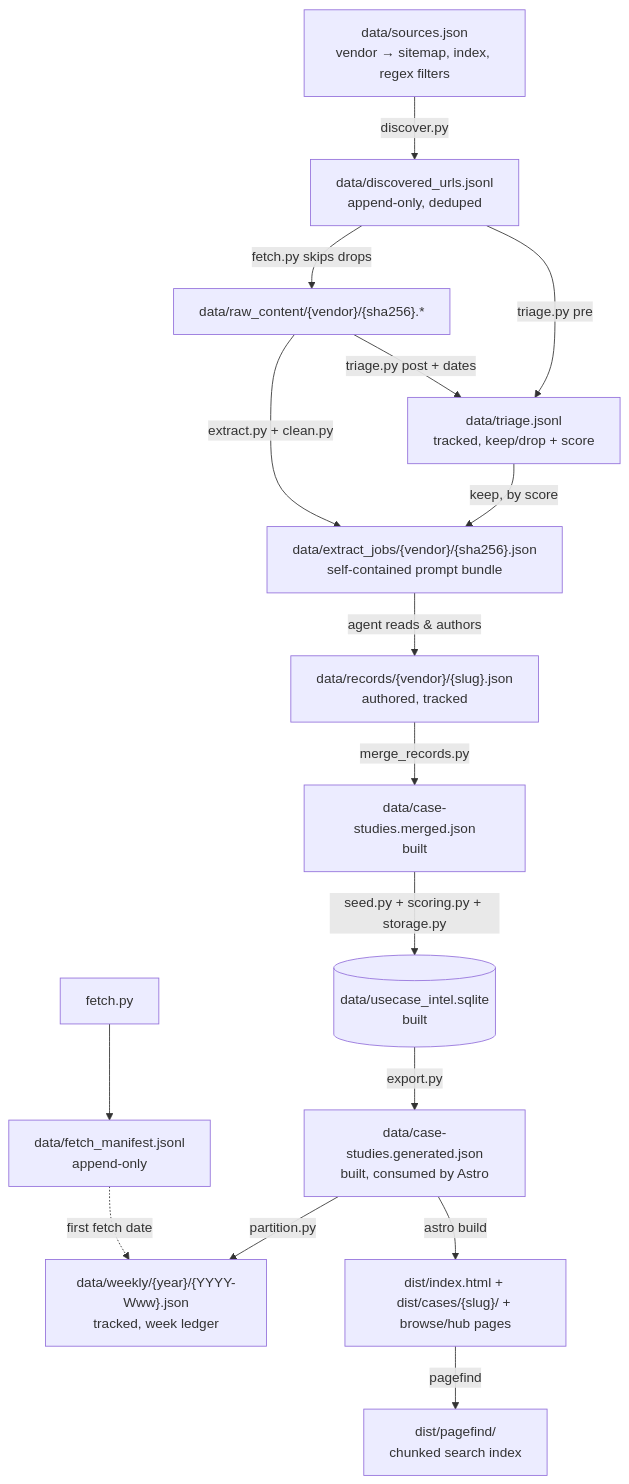
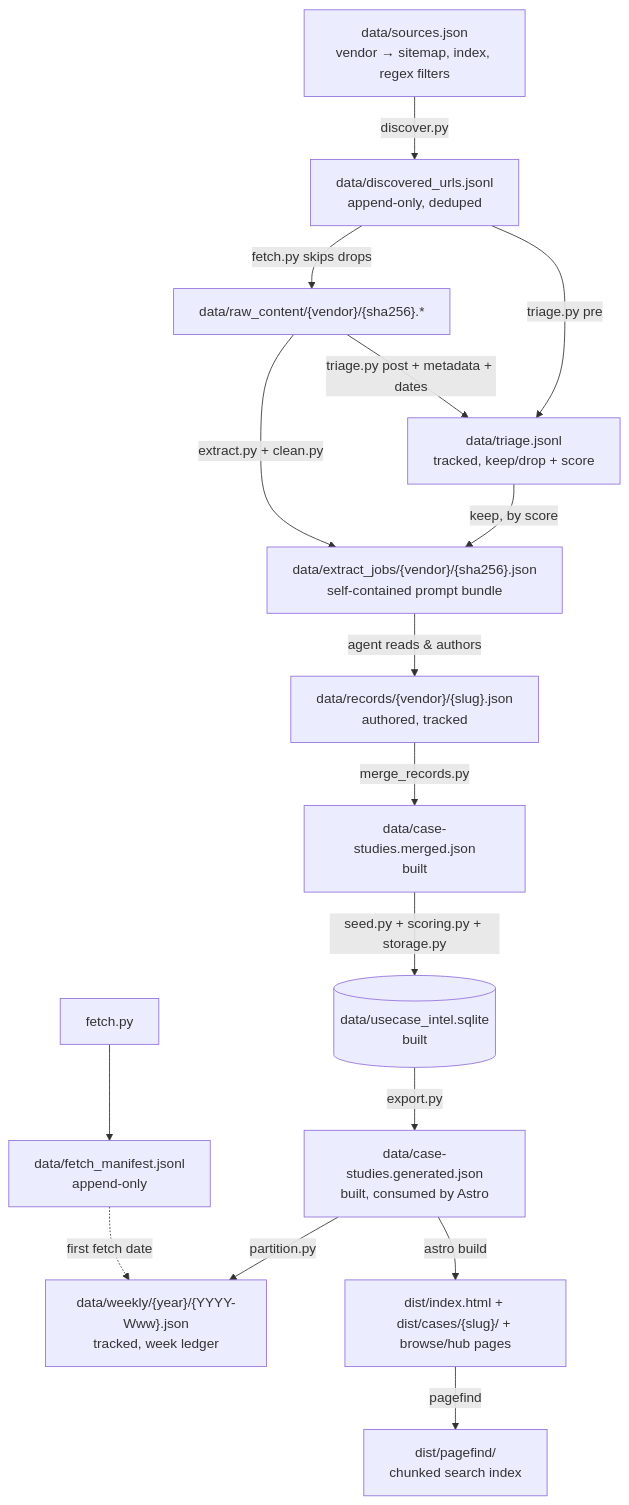
Before and after one commit to vibewatch/usecase: the second of 2 diagrams in ARCHITECTURE.md, drawn with Mermaid. The commit also changed other lines of this file and 18 other files, not shown here.

````diff
--- a/ARCHITECTURE.md
+++ b/ARCHITECTURE.md
@@ -55,32 +56,32 @@
 ```mermaid
 flowchart TD
   src[data/sources.json<br/>vendor → sitemap, index, regex filters]
   disc[data/discovered_urls.jsonl<br/>append-only, deduped]
   raw[data/raw_content/&lcub;vendor&rcub;/&lcub;sha256&rcub;.*]
   manifest[data/fetch_manifest.jsonl<br/>append-only]
   job[data/extract_jobs/&lcub;vendor&rcub;/&lcub;sha256&rcub;.json<br/>self-contained prompt bundle]
   rec[data/records/&lcub;vendor&rcub;/&lcub;slug&rcub;.json<br/>authored, tracked]
   merged[data/case-studies.merged.json<br/>built]
   db[(data/usecase_intel.sqlite<br/>built)]
   gen[data/case-studies.generated.json<br/>built, consumed by Astro]
   weekly[data/weekly/&lcub;year&rcub;/&lcub;YYYY-Www&rcub;.json<br/>tracked, week ledger]
   dash[dist/index.html + dist/cases/&lcub;slug&rcub;/ + browse/hub pages]
   triage[data/triage.jsonl<br/>tracked, keep/drop + score]
   pf[dist/pagefind/<br/>chunked search index]
 
   src -- discover.py --> disc
   disc -- triage.py pre --> triage
   disc -- fetch.py skips drops --> raw
   fetch.py --> manifest
-  raw -- triage.py post + dates --> triage
+  raw -- triage.py post + metadata + dates --> triage
   triage -- keep, by score --> job
   raw -- extract.py + clean.py --> job
   job -- "agent reads & authors" --> rec
   rec -- merge_records.py --> merged
   merged -- seed.py + scoring.py + storage.py --> db
   db -- export.py --> gen
   gen -- partition.py --> weekly
   manifest -. first fetch date .-> weekly
   gen -- astro build --> dash
   dash -- pagefind --> pf
 ```
````
